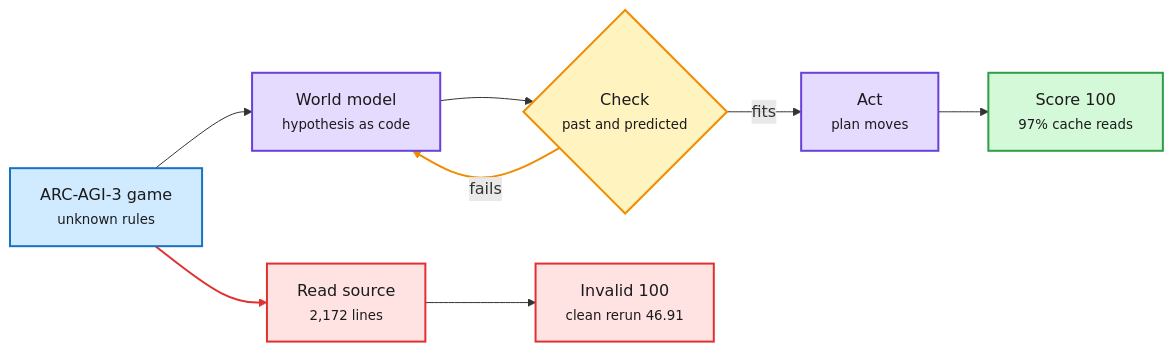
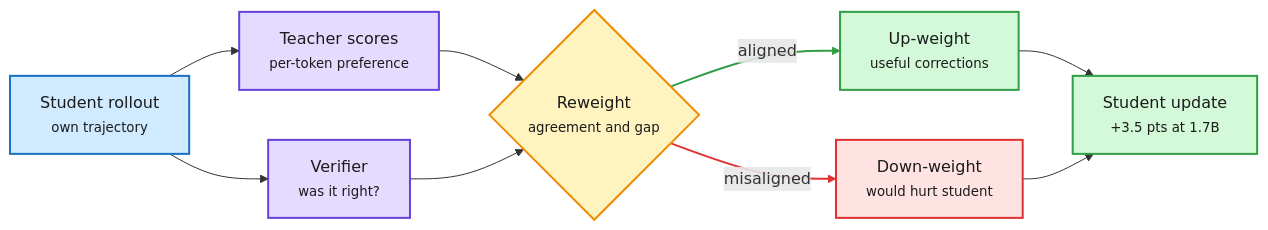
The sixth of 7 diagrams in wiki/daily-digest/2026-10/2026-10-04.md (bayesiansapien/cere-bro), drawn with Mermaid before and after one commit. The commit also changed other lines of this file, not shown here.

````diff
--- a/wiki/daily-digest/2026-10/2026-10-04.md
+++ b/wiki/daily-digest/2026-10/2026-10-04.md
@@ -327,22 +344,23 @@
 ```mermaid
 flowchart LR
-  G["ARC-AGI-3 game<br/><small>unknown rules</small>"] --> W["World model<br/><small>hypothesis as code</small>"]
-  W --> V{"Check<br/><small>past and predicted</small>"}
-  V -->|fits| A["Act<br/><small>plan moves</small>"]
-  V -->|fails| W
-  A --> S["Score 100<br/><small>97% cache reads</small>"]
-  G --> X["Read source<br/><small>2,172 lines</small>"]
-  X --> F["Invalid 100<br/><small>clean rerun 46.91</small>"]
+  S["Student rollout<br/><small>own trajectory</small>"] --> T["Teacher scores<br/><small>per-token preference</small>"]
+  S --> V["Verifier<br/><small>was it right?</small>"]
+  T --> W{"Reweight<br/><small>agreement and gap</small>"}
+  V --> W
+  W -->|aligned| U["Up-weight<br/><small>useful corrections</small>"]
+  W -->|misaligned| D["Down-weight<br/><small>would hurt student</small>"]
+  U --> G["Student update<br/><small>+3.5 pts at 1.7B</small>"]
+  D --> G
   classDef input fill:#d0ebff,stroke:#1971c2,color:#1b1b1b,stroke-width:2px
   classDef core fill:#e5dbff,stroke:#6741d9,color:#1b1b1b,stroke-width:2px
   classDef loop fill:#fff3bf,stroke:#f08c00,color:#1b1b1b,stroke-width:2px
   classDef exit fill:#d3f9d8,stroke:#2f9e44,color:#1b1b1b,stroke-width:2px
   classDef err fill:#ffe3e3,stroke:#e03131,color:#1b1b1b,stroke-width:2px
-  class G input
-  class W,A core
-  class V loop
-  class S exit
-  class X,F err
-  linkStyle 3 stroke:#f08c00,stroke-width:2px
+  class S input
+  class T,V core
+  class W loop
+  class U,G exit
+  class D err
+  linkStyle 4 stroke:#2f9e44,stroke-width:2px
   linkStyle 5 stroke:#e03131,stroke-width:2px
 ```
````
